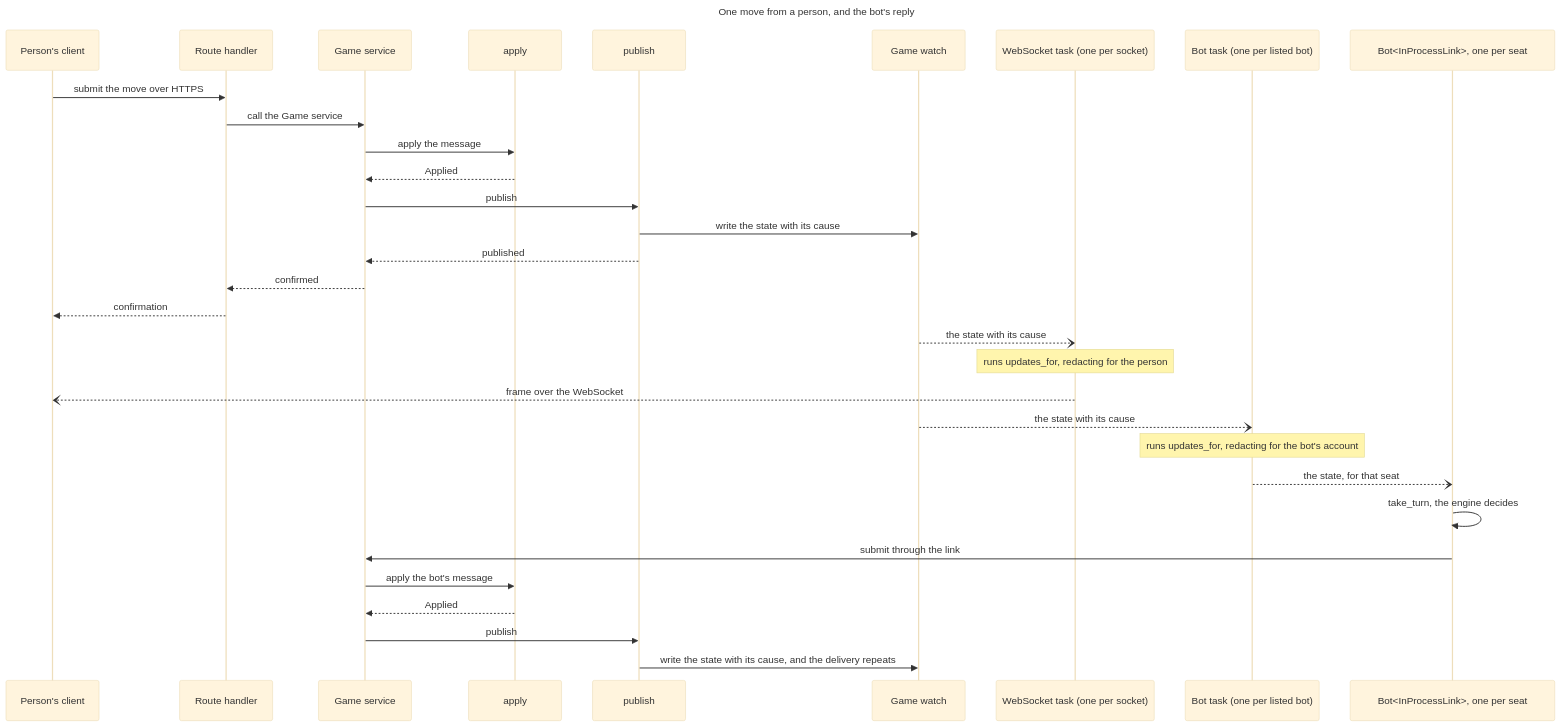
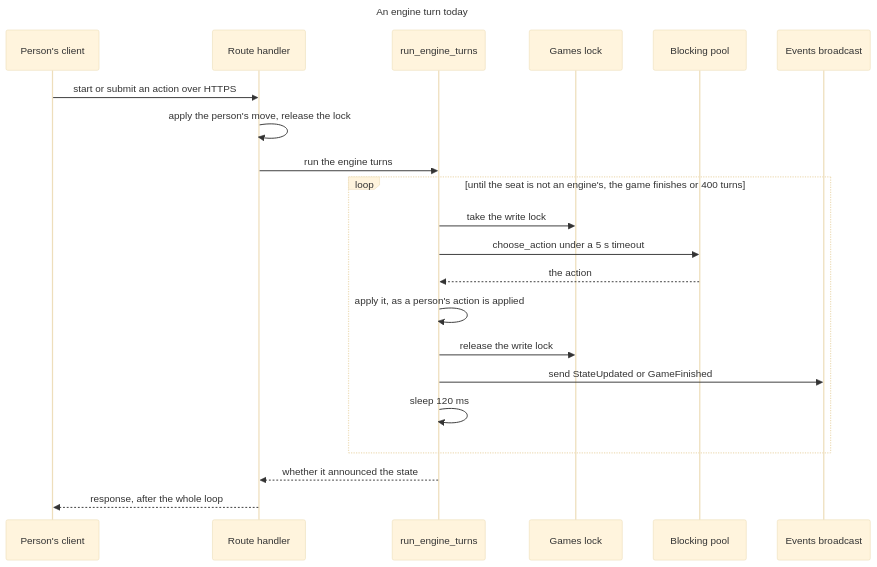
The diagram in applications/tile-lite-elite/3.1.7-changes/workstreams/application-game-architecture/71-one-game-model/71-06-engine.md (delphside/programme), drawn with Mermaid (base theme) before and after one commit. The commit also changed other lines of this file and 13 other files, not shown here.

````diff
--- a/applications/tile-lite-elite/3.1.7-changes/workstreams/application-game-architecture/71-one-game-model/71-06-engine.md
+++ b/applications/tile-lite-elite/3.1.7-changes/workstreams/application-game-architecture/71-one-game-model/71-06-engine.md
@@ -244,35 +20,25 @@
 ```mermaid
 sequenceDiagram
-  title One move from a person, and the bot's reply
+  title An engine turn today
   participant C as Person's client
-  participant R as Route handler
-  participant GS as Game service
-  participant A as apply
-  participant P as publish
-  participant GW as Game watch
-  participant WT as WebSocket task (one per socket)
-  participant BT as Bot task (one per listed bot)
-  participant B as Bot#lt;InProcessLink#gt;, one per seat
+  participant H as Route handler
+  participant L as run_engine_turns
+  participant G as Games lock
+  participant E as Blocking pool
+  participant B as Events broadcast
 
-  C->>R: submit the move over HTTPS
-  R->>GS: call the Game service
-  GS->>A: apply the message
-  A-->>GS: Applied
-  GS->>P: publish
-  P->>GW: write the state with its cause
-  P-->>GS: published
-  GS-->>R: confirmed
-  R-->>C: confirmation
-  GW--)WT: the state with its cause
-  Note over WT: runs updates_for, redacting for the person
-  WT--)C: frame over the WebSocket
-  GW--)BT: the state with its cause
-  Note over BT: runs updates_for, redacting for the bot's account
-  BT--)B: the state, for that seat
-  B->>B: take_turn, the engine decides
-  B->>GS: submit through the link
-  GS->>A: apply the bot's message
-  A-->>GS: Applied
-  GS->>P: publish
-  P->>GW: write the state with its cause, and the delivery repeats
+  C->>H: start or submit an action over HTTPS
+  H->>H: apply the person's move, release the lock
+  H->>L: run the engine turns
+  loop until the seat is not an engine's, the game finishes or 400 turns
+    L->>G: take the write lock
+    L->>E: choose_action under a 5 s timeout
+    E-->>L: the action
+    L->>L: apply it, as a person's action is applied
+    L->>G: release the write lock
+    L->>B: send StateUpdated or GameFinished
+    L->>L: sleep 120 ms
+  end
+  L-->>H: whether it announced the state
+  H-->>C: response, after the whole loop
 ```
````
